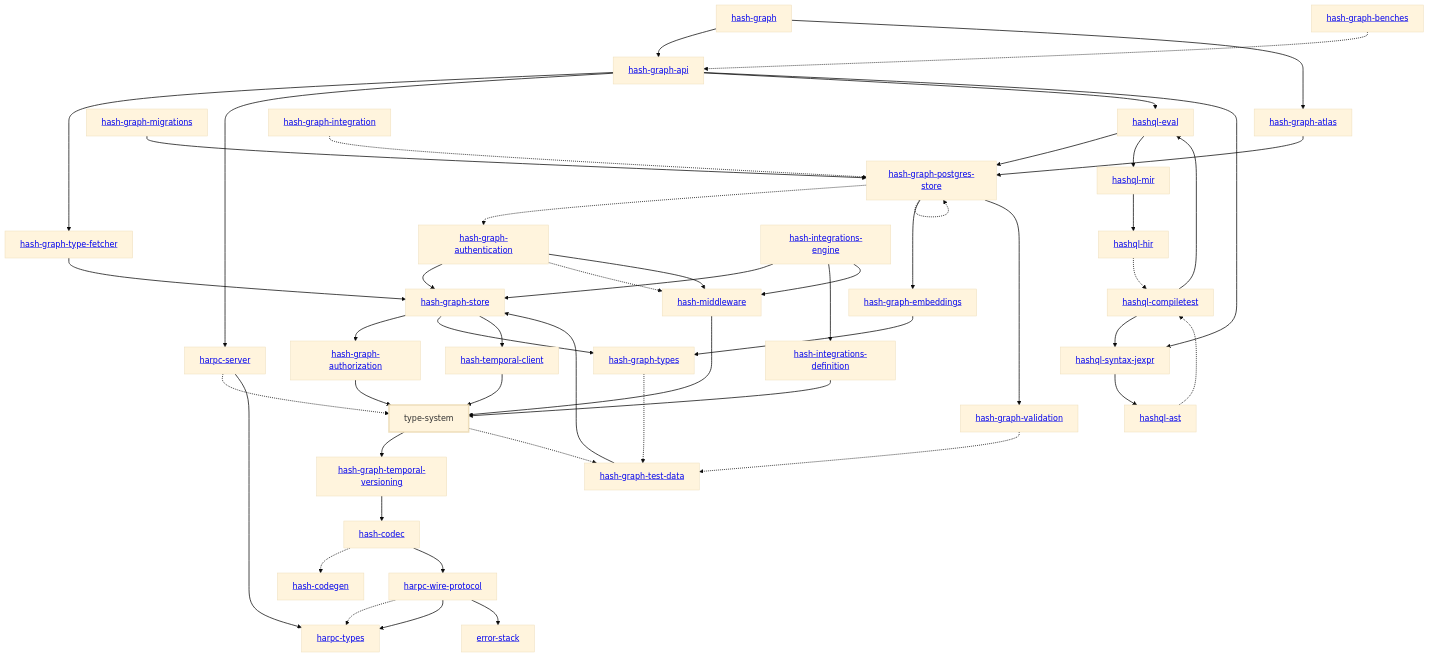
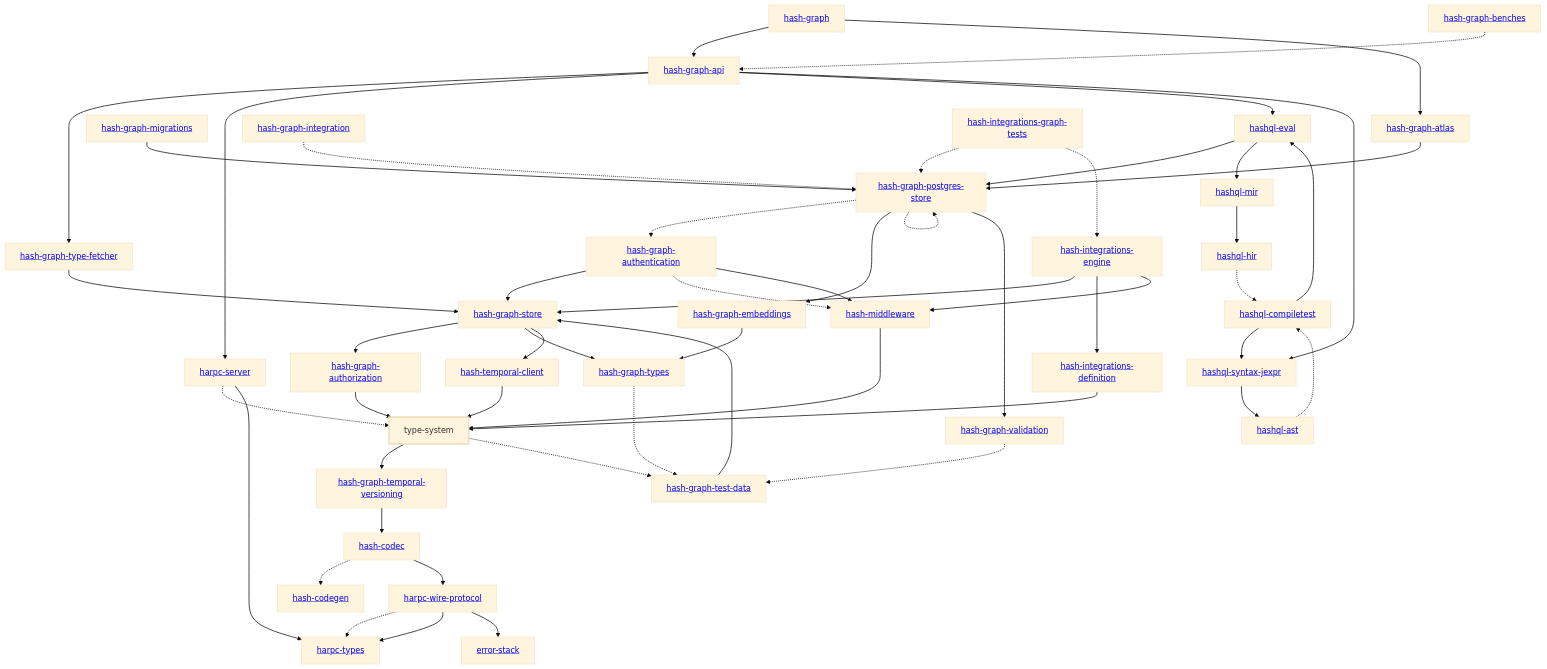
One commit to hashintel/hash changed the diagram in libs/@blockprotocol/type-system/rust/docs/dependency-diagram.mmd. Above: the diagram before and after it, drawn with Mermaid (base theme). The commit also changed 20 other files, not shown here.

Commit message:
Update dependency diagrams for the aviation integration test

```diff
--- a/libs/@blockprotocol/type-system/rust/docs/dependency-diagram.mmd
+++ b/libs/@blockprotocol/type-system/rust/docs/dependency-diagram.mmd
@@ -1,94 +1,97 @@
 graph TD
     linkStyle default stroke-width:1.5px
     classDef default stroke-width:1px
     classDef root stroke-width:3px
     classDef dev stroke-width:1px
     classDef build stroke-width:1px
     %% Legend
     %% --> : Normal dependency
     %% -.-> : Dev dependency
     %% ---> : Build dependency
     0[<a href="../hash_graph/index.html">hash-graph</a>]
     1[type-system]
     class 1 root
     2[<a href="../hash_codec/index.html">hash-codec</a>]
     3[<a href="../hash_codegen/index.html">hash-codegen</a>]
     4[<a href="../hash_graph_api/index.html">hash-graph-api</a>]
     5[<a href="../hash_graph_atlas/index.html">hash-graph-atlas</a>]
     6[<a href="../hash_graph_authentication/index.html">hash-graph-authentication</a>]
     7[<a href="../hash_graph_authorization/index.html">hash-graph-authorization</a>]
     8[<a href="../hash_graph_embeddings/index.html">hash-graph-embeddings</a>]
     9[<a href="../hash_graph_migrations/index.html">hash-graph-migrations</a>]
     10[<a href="../hash_graph_postgres_store/index.html">hash-graph-postgres-store</a>]
     11[<a href="../hash_graph_store/index.html">hash-graph-store</a>]
     12[<a href="../hash_graph_temporal_versioning/index.html">hash-graph-temporal-versioning</a>]
     13[<a href="../hash_graph_type_fetcher/index.html">hash-graph-type-fetcher</a>]
     14[<a href="../hash_graph_types/index.html">hash-graph-types</a>]
     15[<a href="../hash_graph_validation/index.html">hash-graph-validation</a>]
     16[<a href="../harpc_server/index.html">harpc-server</a>]
     17[<a href="../harpc_types/index.html">harpc-types</a>]
     18[<a href="../harpc_wire_protocol/index.html">harpc-wire-protocol</a>]
     19[<a href="../hashql_ast/index.html">hashql-ast</a>]
     20[<a href="../hashql_compiletest/index.html">hashql-compiletest</a>]
     21[<a href="../hashql_eval/index.html">hashql-eval</a>]
     22[<a href="../hashql_hir/index.html">hashql-hir</a>]
     23[<a href="../hashql_mir/index.html">hashql-mir</a>]
     24[<a href="../hashql_syntax_jexpr/index.html">hashql-syntax-jexpr</a>]
     25[<a href="../hash_integrations_definition/index.html">hash-integrations-definition</a>]
     26[<a href="../hash_integrations_engine/index.html">hash-integrations-engine</a>]
     27[<a href="../hash_middleware/index.html">hash-middleware</a>]
     28[<a href="../hash_temporal_client/index.html">hash-temporal-client</a>]
     29[<a href="../error_stack/index.html">error-stack</a>]
     30[<a href="../hash_graph_benches/index.html">hash-graph-benches</a>]
     31[<a href="../hash_graph_integration/index.html">hash-graph-integration</a>]
     32[<a href="../hash_graph_test_data/index.html">hash-graph-test-data</a>]
+    33[<a href="../hash_integrations_graph_tests/index.html">hash-integrations-graph-tests</a>]
     0 --> 4
     0 --> 5
     1 --> 12
     1 -.-> 32
     2 -.-> 3
     2 --> 18
     4 --> 13
     4 --> 16
     4 --> 21
     4 --> 24
     5 --> 10
     6 --> 11
     6 -.-> 27
     6 --> 27
     7 --> 1
     8 --> 14
     9 --> 10
     10 -.-> 6
     10 --> 8
     10 -.-> 10
     10 --> 15
     11 --> 7
     11 --> 14
     11 --> 28
     12 --> 2
     13 --> 11
     14 -.-> 32
     15 -.-> 32
     16 -.-> 1
     16 --> 17
     18 -.-> 17
     18 --> 17
     18 --> 29
     19 -.-> 20
     20 --> 21
     20 --> 24
     21 --> 10
     21 --> 23
     22 -.-> 20
     23 --> 22
     24 --> 19
     25 --> 1
     26 --> 11
     26 --> 25
     26 --> 27
     27 --> 1
     28 --> 1
     30 -.-> 4
     31 -.-> 10
     32 --> 11
+    33 -.-> 10
+    33 -.-> 26
```
